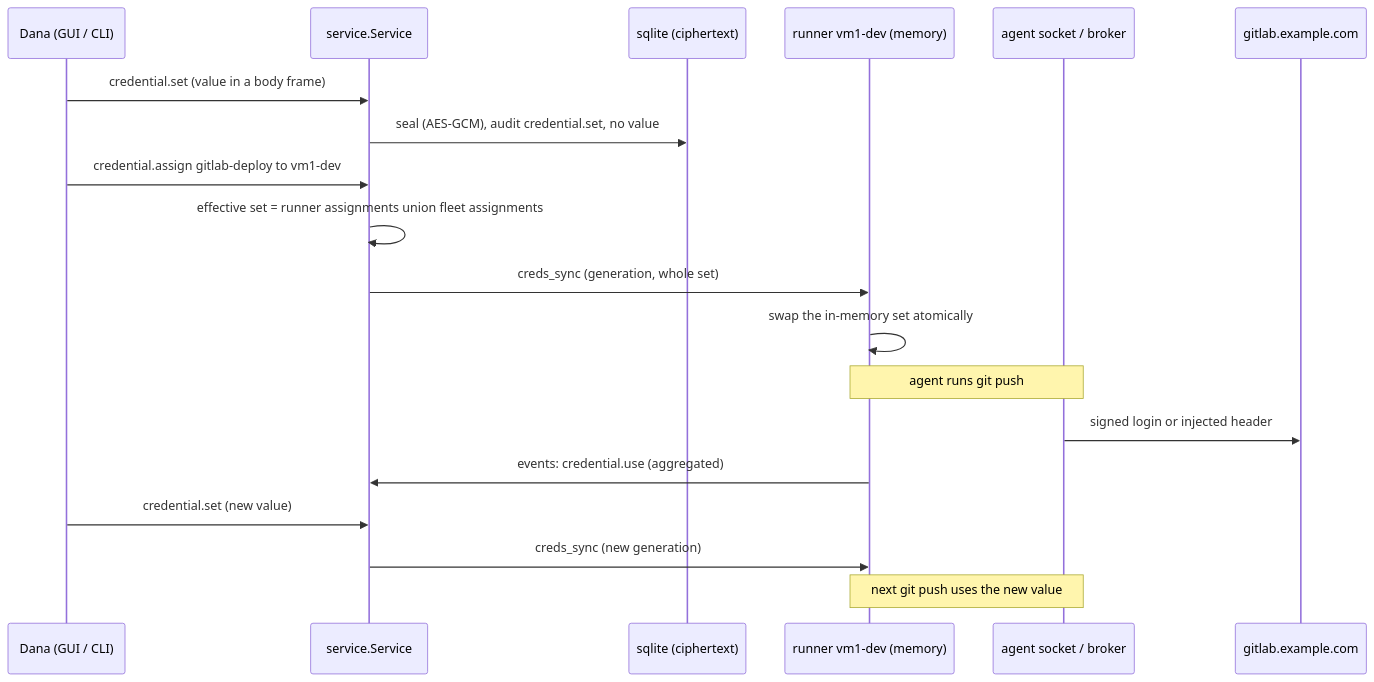
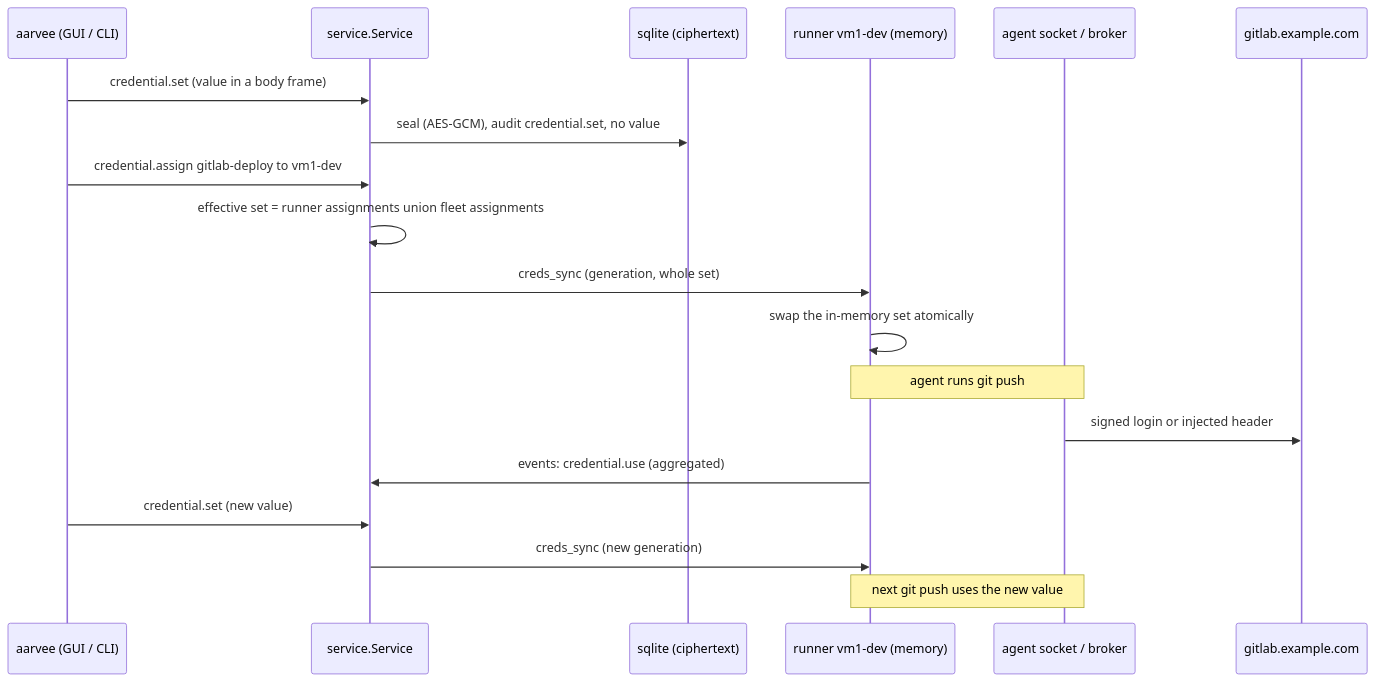
Before and after one commit to mirastacklabs-ai/mirafleet: diagram 29 of 29 in docs/guide/04-flows.md, drawn with Mermaid. The commit also changed other lines of this file and 7 other files, not shown here.

````diff
--- a/docs/guide/04-flows.md
+++ b/docs/guide/04-flows.md
@@ -2053,21 +2053,21 @@
 ```mermaid
 sequenceDiagram
-  participant D as Dana (GUI / CLI)
+  participant D as aarvee (GUI / CLI)
   participant C as service.Service
   participant DB as sqlite (ciphertext)
   participant R as runner vm1-dev (memory)
   participant A as agent socket / broker
   participant G as gitlab.example.com
   D->>C: credential.set (value in a body frame)
   C->>DB: seal (AES-GCM), audit credential.set, no value
   D->>C: credential.assign gitlab-deploy to vm1-dev
   C->>C: effective set = runner assignments union fleet assignments
   C->>R: creds_sync (generation, whole set)
   R->>R: swap the in-memory set atomically
   Note over R,A: agent runs git push
   A->>G: signed login or injected header
   R->>C: events: credential.use (aggregated)
   D->>C: credential.set (new value)
   C->>R: creds_sync (new generation)
   Note over R,A: next git push uses the new value
 ```
````
